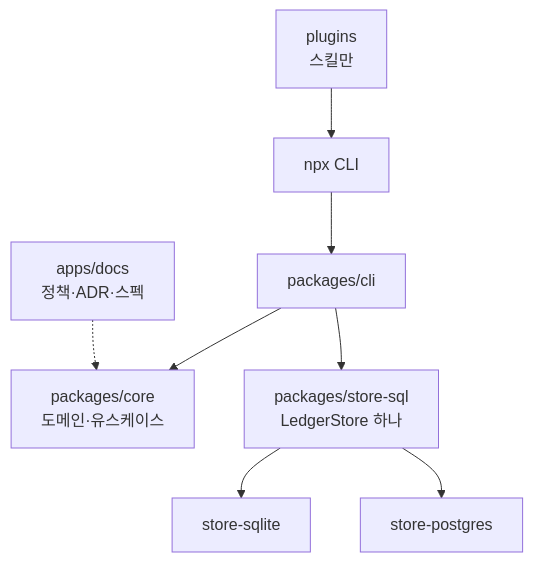
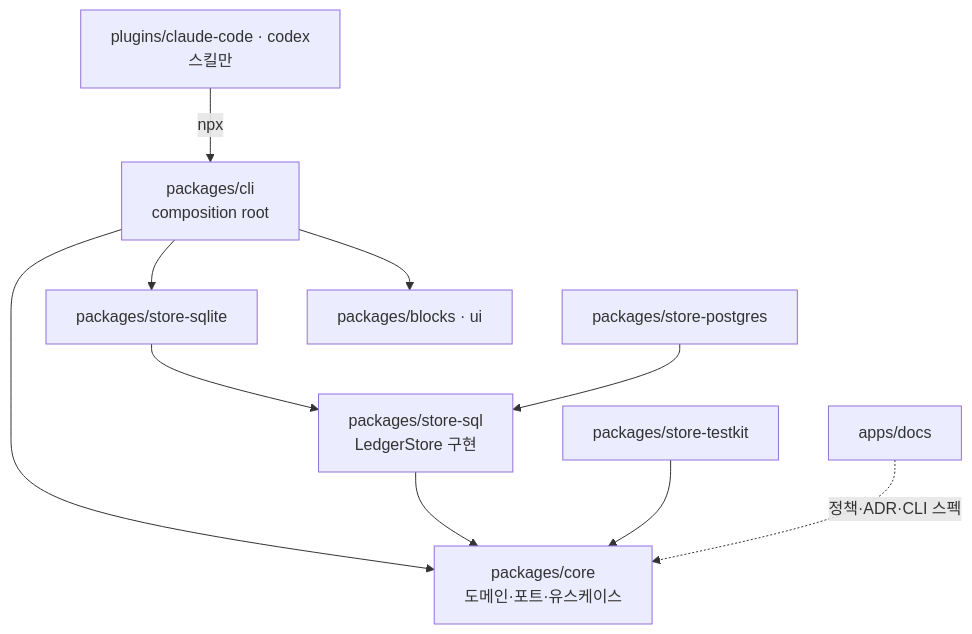
The third of 3 diagrams in README.md (ssota-labs/holiday), drawn with Mermaid before and after one commit. The commit also changed other lines of this file, not shown here.

````diff
--- a/README.md
+++ b/README.md
@@ -158,10 +156,22 @@
 ```mermaid
 flowchart TB
-  plugins[plugins<br/>스킬만] --> npx[npx CLI]
-  npx --> cli[packages/cli]
-  cli --> core[packages/core<br/>도메인·유스케이스]
-  cli --> sql[packages/store-sql<br/>LedgerStore 하나]
-  sql --> sqlite[store-sqlite]
-  sql --> pg[store-postgres]
-  docs[apps/docs<br/>정책·ADR·스펙] -.-> core
+  plugins[plugins/claude-code · codex<br/>스킬만]
+  cli[packages/cli<br/>composition root]
+  core[packages/core<br/>도메인·포트·유스케이스]
+  storesql[packages/store-sql<br/>LedgerStore 구현]
+  sqlite[packages/store-sqlite]
+  pg[packages/store-postgres]
+  testkit[packages/store-testkit]
+  blocks[packages/blocks · ui]
+  docs[apps/docs]
+
+  plugins -->|npx| cli
+  cli --> core
+  cli --> sqlite
+  sqlite --> storesql
+  pg --> storesql
+  storesql --> core
+  testkit --> core
+  cli --> blocks
+  docs -.->|정책·ADR·CLI 스펙| core
 ```
````
